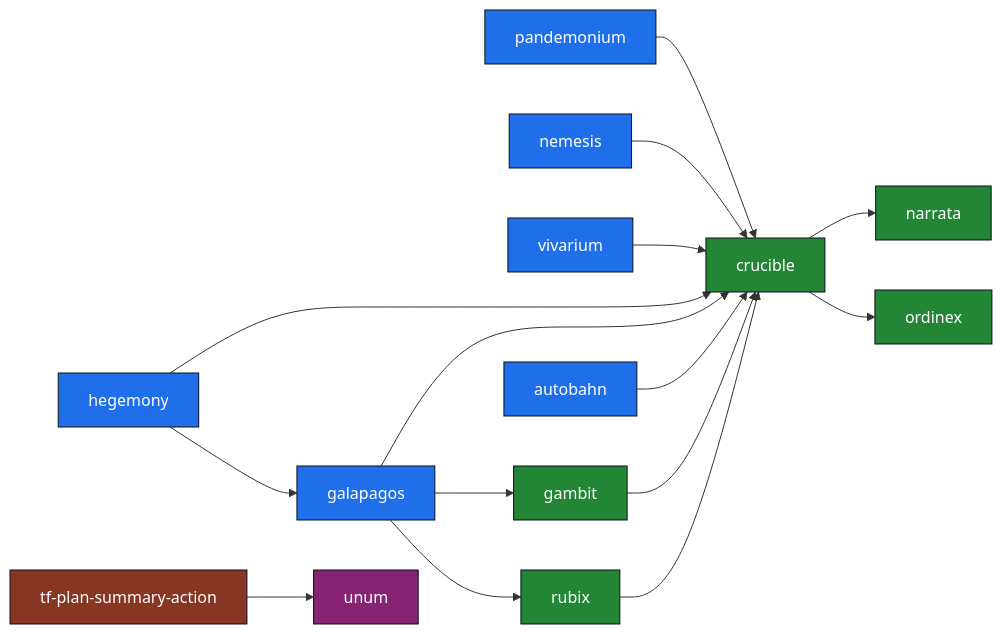
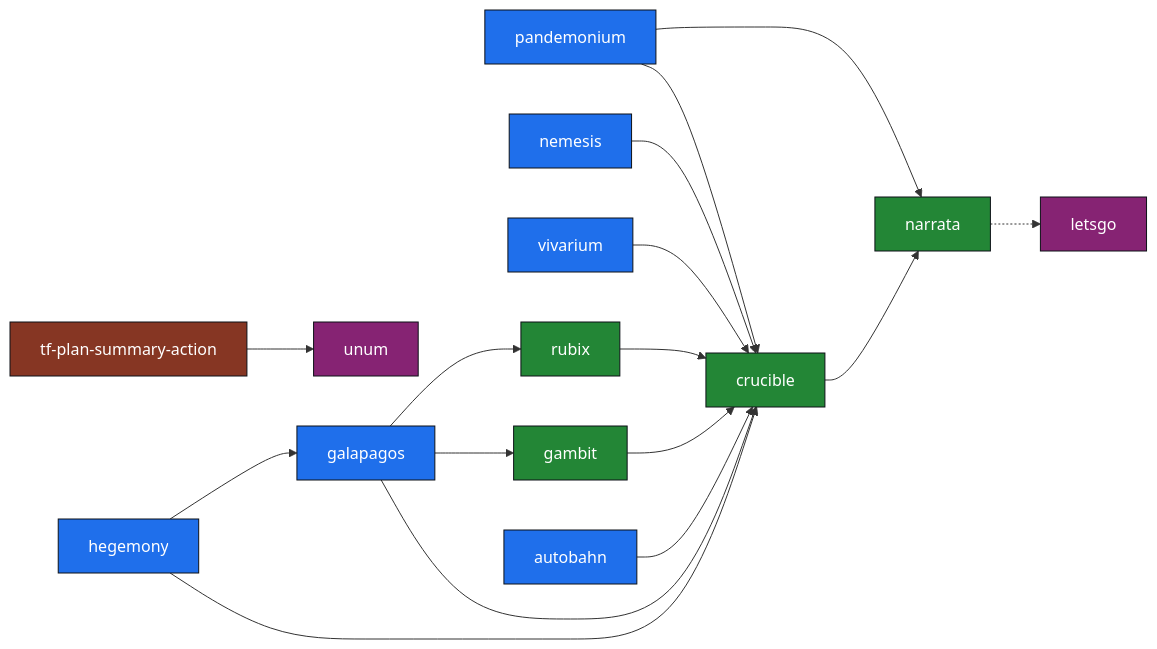
One commit to danielriddell21/danielriddell21 changed the diagram in README.md. Above: the diagram before and after it, drawn with Mermaid. The commit also changed other lines of this file, not shown here.

````diff
--- a/README.md
+++ b/README.md
@@ -18,28 +20,31 @@
 ```mermaid
 flowchart LR
     pandemonium --> crucible
     nemesis --> crucible
     vivarium --> crucible
     galapagos --> crucible
     hegemony --> crucible
     gambit --> crucible
     rubix --> crucible
     autobahn --> crucible
 
     crucible --> narrata
-    crucible --> ordinex
     hegemony --> galapagos
     galapagos --> gambit
     galapagos --> rubix
 
+    pandemonium --> narrata
+
     tf-plan-summary-action --> unum
+
+    narrata -.-> letsgo
 
     classDef game fill:#1f6feb,stroke:#0d1117,color:#fff;
     classDef tool fill:#862373,stroke:#0d1117,color:#fff;
     classDef lib fill:#238636,stroke:#0d1117,color:#fff;
     classDef action fill:#863623,stroke:#0d1117,color:#fff;
     class pandemonium,nemesis,vivarium,galapagos,hegemony,autobahn game;
-    class unum tool;
-    class gambit,rubix,crucible,narrata,ordinex lib;
+    class unum,letsgo tool;
+    class gambit,rubix,crucible,narrata lib;
     class tf-plan-summary-action action;
 ```
````
